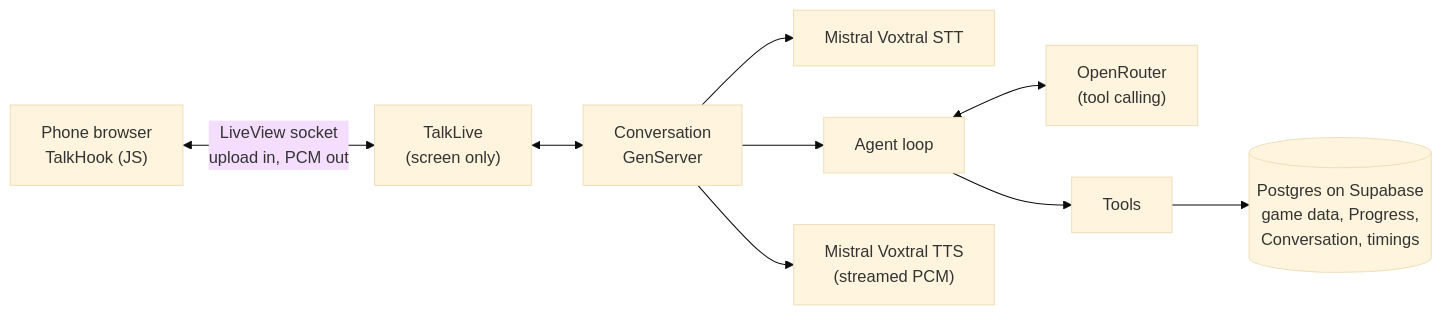
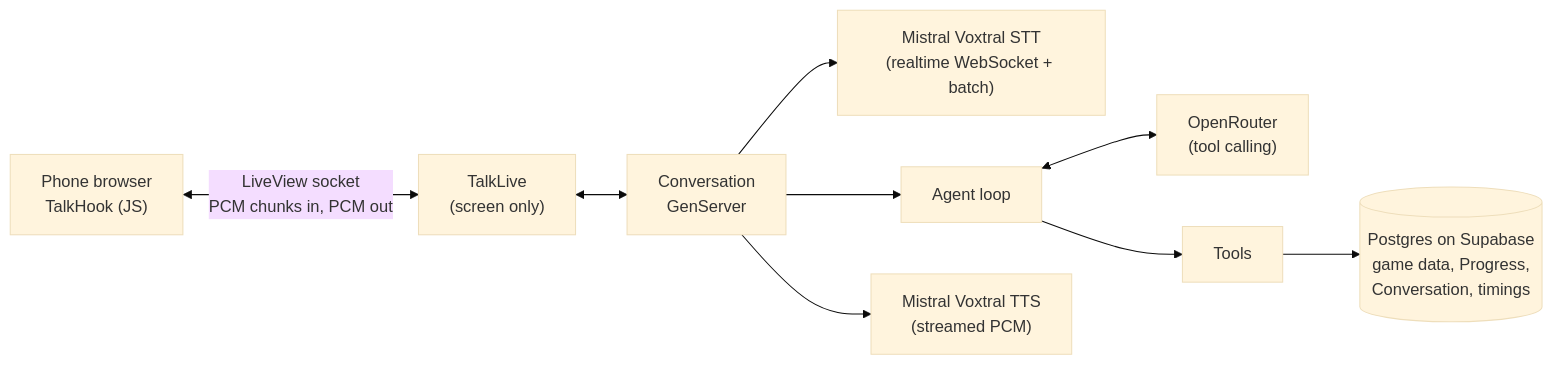
One commit to darth-dodo/maya changed the first of 3 diagrams in ARCHITECTURE.md. Above: the diagram before and after it, drawn with Mermaid (base theme). The commit also changed other lines of this file and 29 other files, not shown here.

First line of the commit message:
feat: live transcription with Voxtral realtime

````diff
--- a/ARCHITECTURE.md
+++ b/ARCHITECTURE.md
@@ -7,11 +7,11 @@
 ```mermaid
 flowchart LR
-  Phone["Phone browser<br/>TalkHook (JS)"] <-- "LiveView socket<br/>upload in, PCM out" --> LV["TalkLive<br/>(screen only)"]
+  Phone["Phone browser<br/>TalkHook (JS)"] <-- "LiveView socket<br/>PCM chunks in, PCM out" --> LV["TalkLive<br/>(screen only)"]
   LV <--> Conv["Conversation<br/>GenServer"]
-  Conv --> STT["Mistral Voxtral STT"]
+  Conv --> STT["Mistral Voxtral STT<br/>(realtime WebSocket + batch)"]
   Conv --> Agent["Agent loop"]
   Agent <--> OR["OpenRouter<br/>(tool calling)"]
   Agent --> Tools["Tools"]
   Tools --> DB[("Postgres on Supabase<br/>game data, Progress,<br/>Conversation, timings")]
   Conv --> TTS["Mistral Voxtral TTS<br/>(streamed PCM)"]
 ```
````
